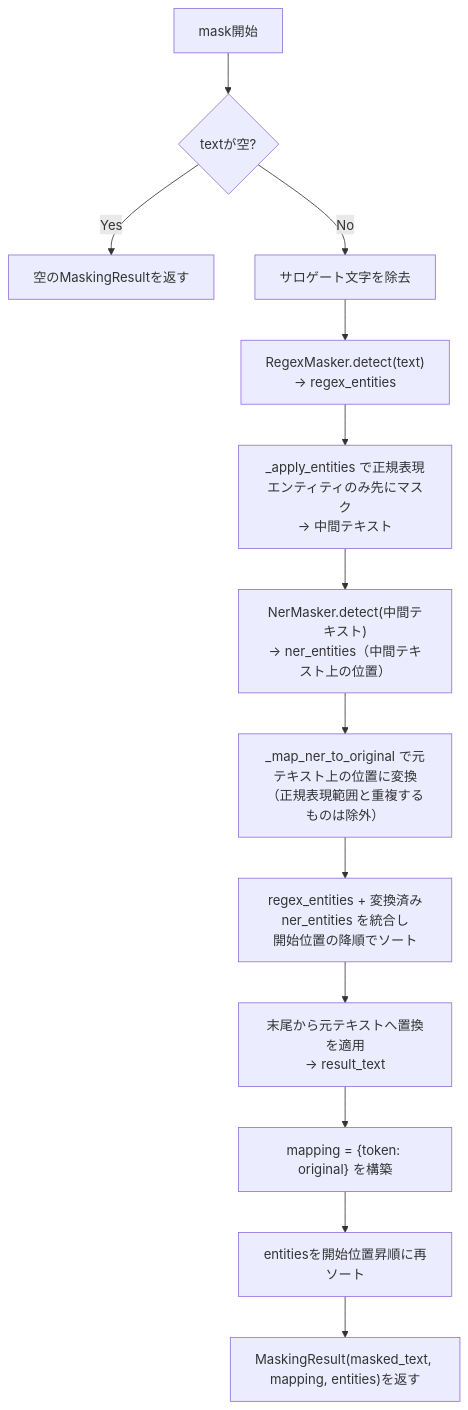
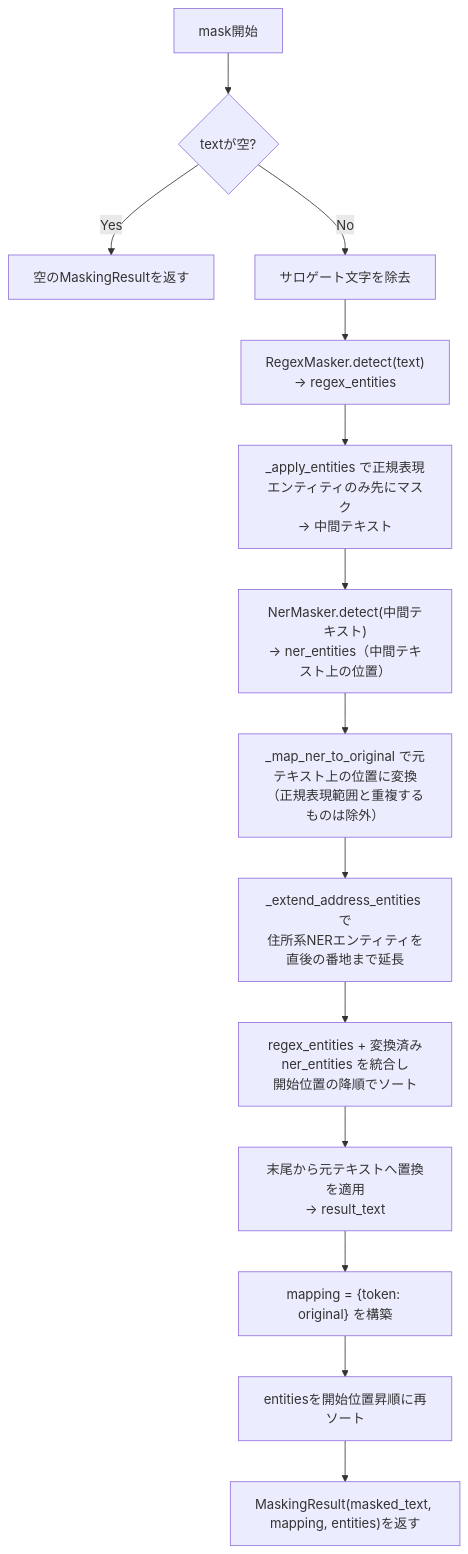
Before and after one commit to kkmochi1024-git/cs-draft-generator: the diagram in settings/detailed-design/01-masking.md, drawn with Mermaid. The commit also changed other lines of this file and 12 other files, not shown here.

````diff
--- a/settings/detailed-design/01-masking.md
+++ b/settings/detailed-design/01-masking.md
@@ -94,15 +101,16 @@
 ```mermaid
 flowchart TD
     A[mask開始] --> B{textが空?}
     B -- Yes --> Z[空のMaskingResultを返す]
     B -- No --> C[サロゲート文字を除去]
     C --> D["RegexMasker.detect(text)<br/>→ regex_entities"]
     D --> E["_apply_entities で正規表現エンティティのみ先にマスク<br/>→ 中間テキスト"]
     E --> F["NerMasker.detect(中間テキスト)<br/>→ ner_entities（中間テキスト上の位置）"]
     F --> G["_map_ner_to_original で元テキスト上の位置に変換<br/>（正規表現範囲と重複するものは除外）"]
-    G --> H["regex_entities + 変換済みner_entities を統合し<br/>開始位置の降順でソート"]
+    G --> G2["_extend_address_entities で<br/>住所系NERエンティティを直後の番地まで延長"]
+    G2 --> H["regex_entities + 変換済みner_entities を統合し<br/>開始位置の降順でソート"]
     H --> I["末尾から元テキストへ置換を適用<br/>→ result_text"]
     I --> J["mapping = {token: original} を構築"]
     J --> K["entitiesを開始位置昇順に再ソート"]
     K --> L["MaskingResult(masked_text, mapping, entities)を返す"]
 ```
````
